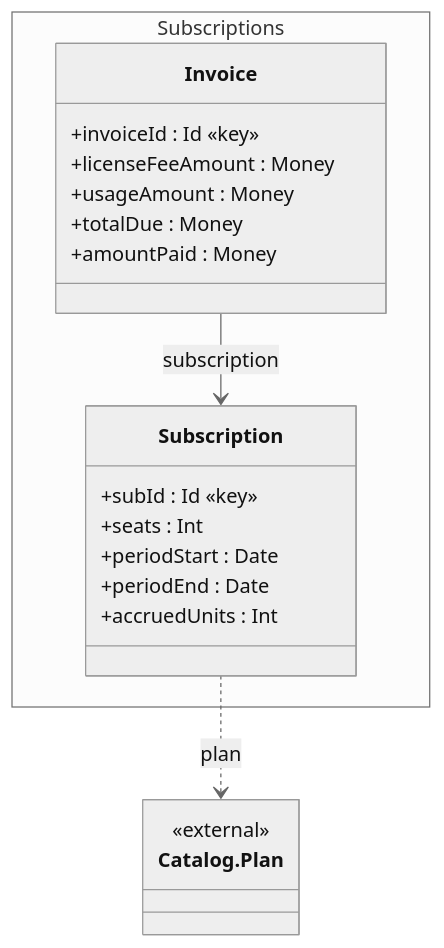
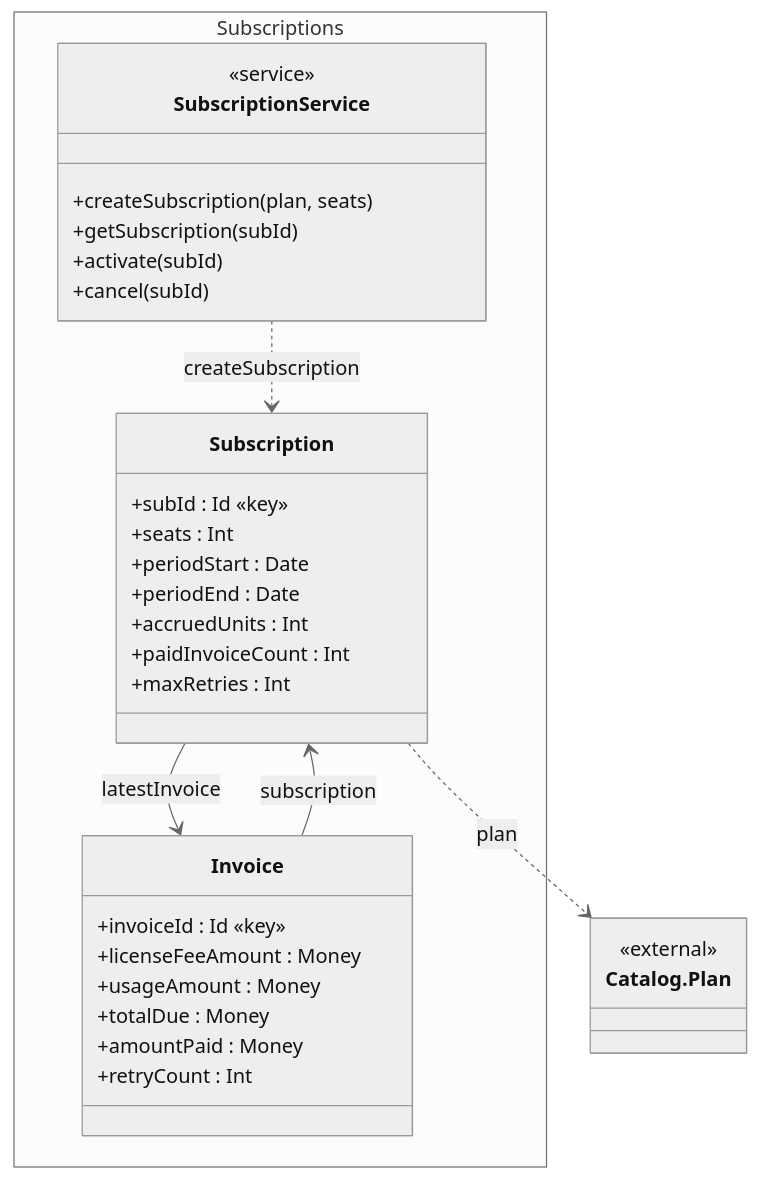
The first of 3 diagrams in specs/subscriptions/spec.diagrams.md (qooleot/lattice), drawn with Mermaid (neutral theme) before and after one commit. The commit also changed other lines of this file and 8 other files, not shown here.

First line of the commit message:
feat(specs): subscriptions gains guarded transitions, events, multi-source cancel, coupling invariants, service (DoD 1, human-elicited)

````diff
--- a/specs/subscriptions/spec.diagrams.md
+++ b/specs/subscriptions/spec.diagrams.md
@@ -9,24 +9,36 @@
 ```mermaid
 classDiagram
   namespace Subscriptions {
     class Subscription {
       +subId : Id «key»
       +seats : Int
       +periodStart : Date
       +periodEnd : Date
       +accruedUnits : Int
+      +paidInvoiceCount : Int
+      +maxRetries : Int
     }
     class Invoice {
       +invoiceId : Id «key»
       +licenseFeeAmount : Money
       +usageAmount : Money
       +totalDue : Money
       +amountPaid : Money
+      +retryCount : Int
+    }
+    class SubscriptionService {
+      <<service>>
+      +createSubscription(plan, seats)
+      +getSubscription(subId)
+      +activate(subId)
+      +cancel(subId)
     }
   }
   class Catalog_Plan["Catalog.Plan"] {
     <<external>>
   }
+  Subscription --> Invoice : latestInvoice
   Invoice --> Subscription : subscription
+  SubscriptionService ..> Subscription : createSubscription
   Subscription ..> Catalog_Plan : plan
 ```
````
